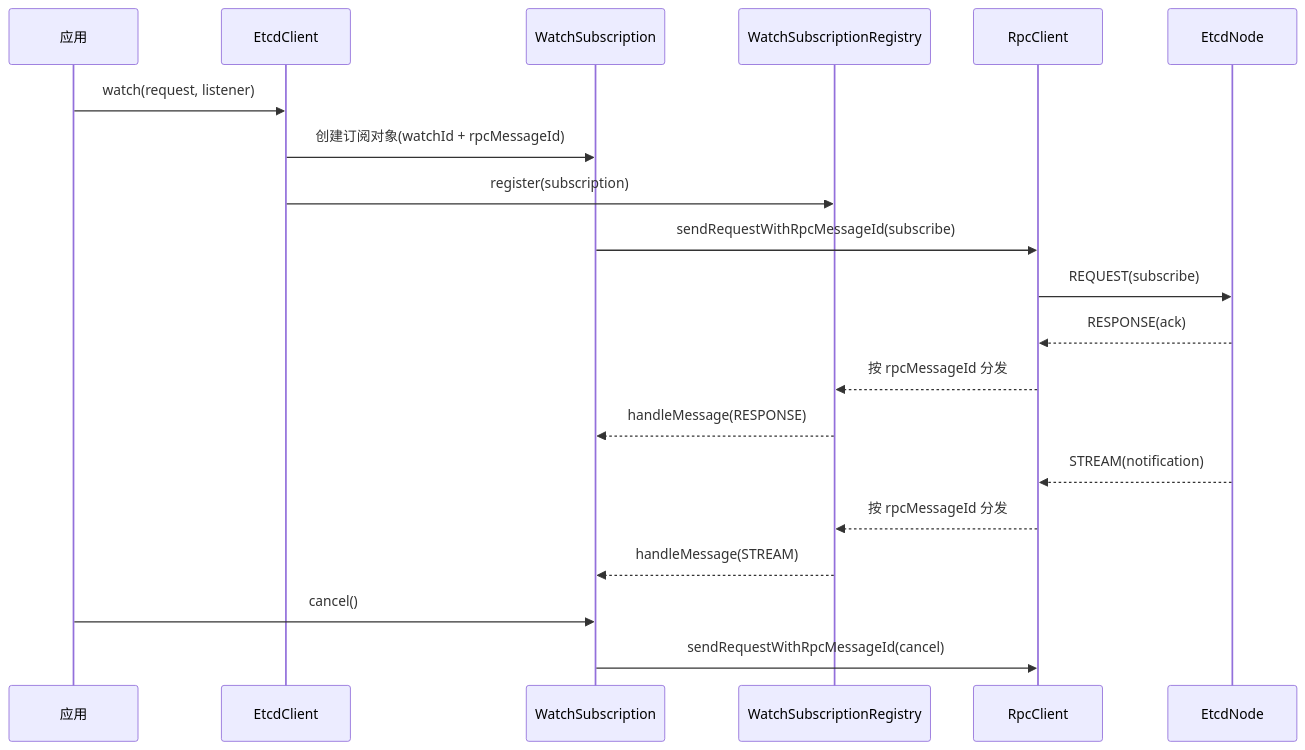
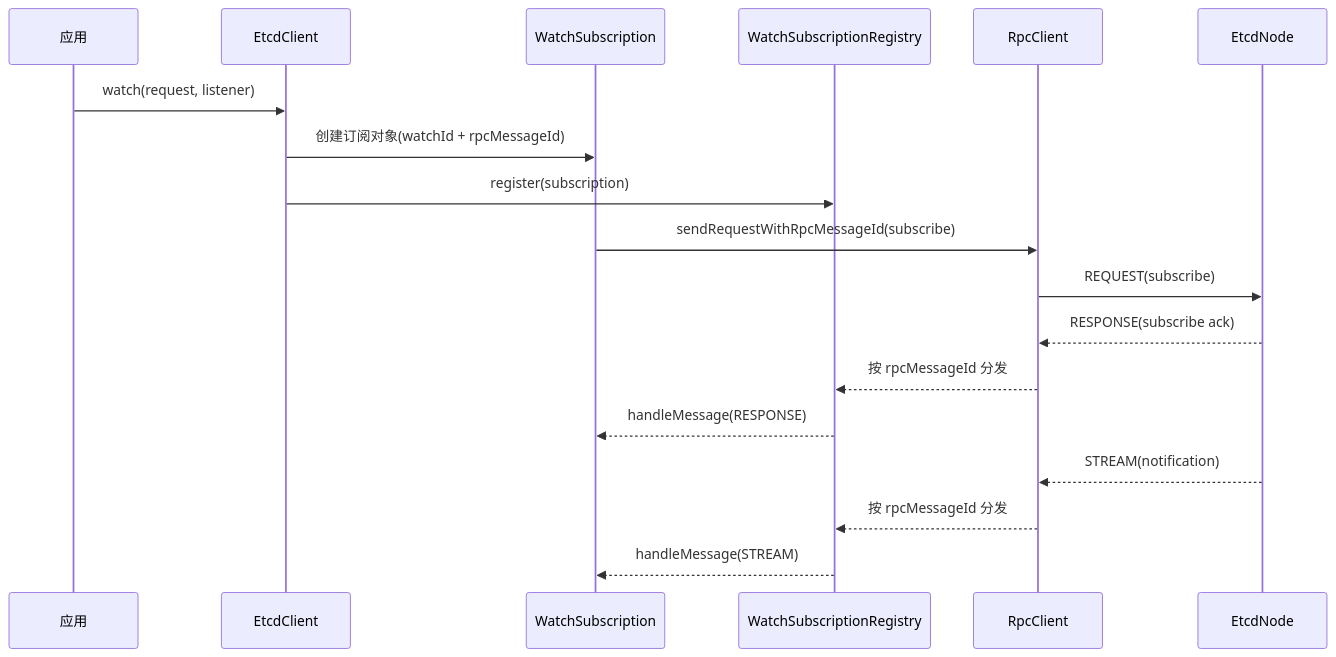
The third of 3 diagrams in docs/architecture-08-sdk.md (xhjkss/mini-etcd-project), drawn with Mermaid before and after one commit. The commit also changed other lines of this file and 10 other files, not shown here.

````diff
--- a/docs/architecture-08-sdk.md
+++ b/docs/architecture-08-sdk.md
@@ -135,23 +136,21 @@
 ```mermaid
 sequenceDiagram
     participant App as 应用
     participant Client as EtcdClient
     participant Sub as WatchSubscription
     participant Reg as WatchSubscriptionRegistry
     participant Rpc as RpcClient
     participant Node as EtcdNode
 
     App->>Client: watch(request, listener)
     Client->>Sub: 创建订阅对象(watchId + rpcMessageId)
     Client->>Reg: register(subscription)
     Sub->>Rpc: sendRequestWithRpcMessageId(subscribe)
     Rpc->>Node: REQUEST(subscribe)
-    Node-->>Rpc: RESPONSE(ack)
+    Node-->>Rpc: RESPONSE(subscribe ack)
     Rpc-->>Reg: 按 rpcMessageId 分发
     Reg-->>Sub: handleMessage(RESPONSE)
     Node-->>Rpc: STREAM(notification)
     Rpc-->>Reg: 按 rpcMessageId 分发
     Reg-->>Sub: handleMessage(STREAM)
-    App->>Sub: cancel()
-    Sub->>Rpc: sendRequestWithRpcMessageId(cancel)
 ```
````
